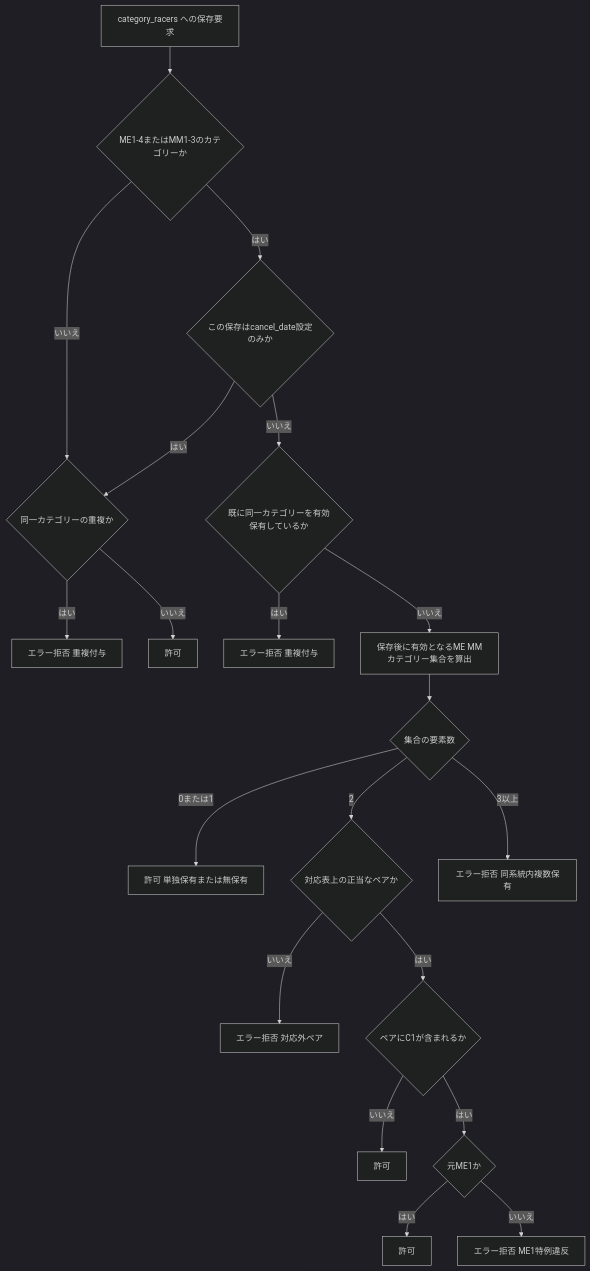
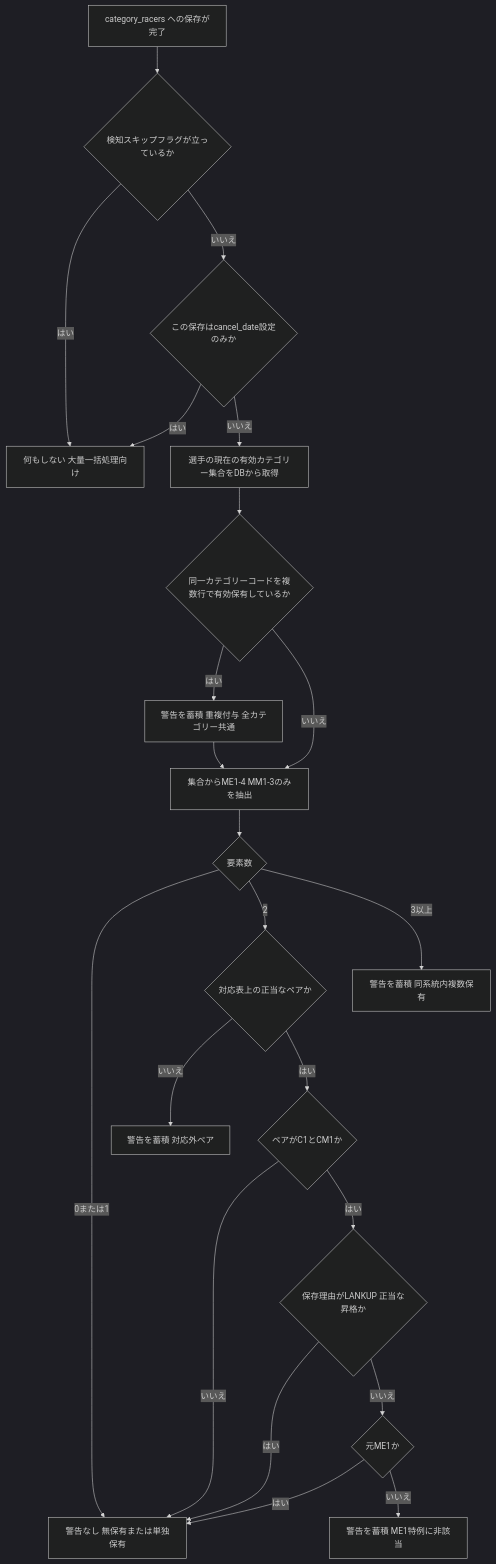
Before and after one commit to cyclox-dev/cyclox2_docker: the third of 3 diagrams in .kiro/specs/me-mm-linkage-2026-27/design.md, drawn with Mermaid (dark theme). The commit also changed other lines of this file and 1 other file, not shown here.

````diff
--- a/.kiro/specs/me-mm-linkage-2026-27/design.md
+++ b/.kiro/specs/me-mm-linkage-2026-27/design.md
@@ -248,22 +284,24 @@
 ```mermaid
 flowchart TD
-    Start[category_racers への保存要求] --> IsTarget{ME1-4またはMM1-3のカテゴリーか}
-    IsTarget -- いいえ --> DupCheck{同一カテゴリーの重複か}
-    IsTarget -- はい --> IsCancel{この保存はcancel_date設定のみか}
-    IsCancel -- はい --> DupCheck
-    IsCancel -- いいえ --> Dup2{既に同一カテゴリーを有効保有しているか}
-    Dup2 -- はい --> Reject[エラー拒否 重複付与]
-    Dup2 -- いいえ --> BuildSet[保存後に有効となるME MMカテゴリー集合を算出]
-    BuildSet --> SetSize{集合の要素数}
-    SetSize -- 0または1 --> Allow[許可 単独保有または無保有]
+    Start[category_racers への保存が完了] --> Skip{検知スキップフラグが立っているか}
+    Skip -- はい --> End[何もしない 大量一括処理向け]
+    Skip -- いいえ --> IsCancel{この保存はcancel_date設定のみか}
+    IsCancel -- はい --> End
+    IsCancel -- いいえ --> Load[選手の現在の有効カテゴリー集合をDBから取得]
+    Load --> DupCheck{同一カテゴリーコードを複数行で有効保有しているか}
+    DupCheck -- はい --> WarnDup[警告を蓄積 重複付与 全カテゴリー共通]
+    DupCheck -- いいえ --> Managed[集合からME1-4 MM1-3のみを抽出]
+    WarnDup --> Managed
+    Managed --> SetSize{要素数}
+    SetSize -- 0または1 --> Ok[警告なし 無保有または単独保有]
     SetSize -- 2 --> PairCheck{対応表上の正当なペアか}
-    PairCheck -- いいえ --> Reject2[エラー拒否 対応外ペア]
-    PairCheck -- はい --> C1Check{ペアにC1が含まれるか}
-    C1Check -- いいえ --> Allow2[許可]
-    C1Check -- はい --> FormerCheck{元ME1か}
-    FormerCheck -- はい --> Allow3[許可]
-    FormerCheck -- いいえ --> Reject3[エラー拒否 ME1特例違反]
-    SetSize -- 3以上 --> Reject4[エラー拒否 同系統内複数保有]
-    DupCheck -- はい --> Reject5[エラー拒否 重複付与]
-    DupCheck -- いいえ --> Allow4[許可]
+    PairCheck -- いいえ --> WarnPair[警告を蓄積 対応外ペア]
+    PairCheck -- はい --> C1Check{ペアがC1とCM1か}
+    C1Check -- いいえ --> Ok
+    C1Check -- はい --> LankUp{保存理由がLANKUP 正当な昇格か}
+    LankUp -- はい --> Ok
+    LankUp -- いいえ --> FormerCheck{元ME1か}
+    FormerCheck -- はい --> Ok
+    FormerCheck -- いいえ --> WarnMe1[警告を蓄積 ME1特例に非該当]
+    SetSize -- 3以上 --> WarnMulti[警告を蓄積 同系統内複数保有]
 ```
````
